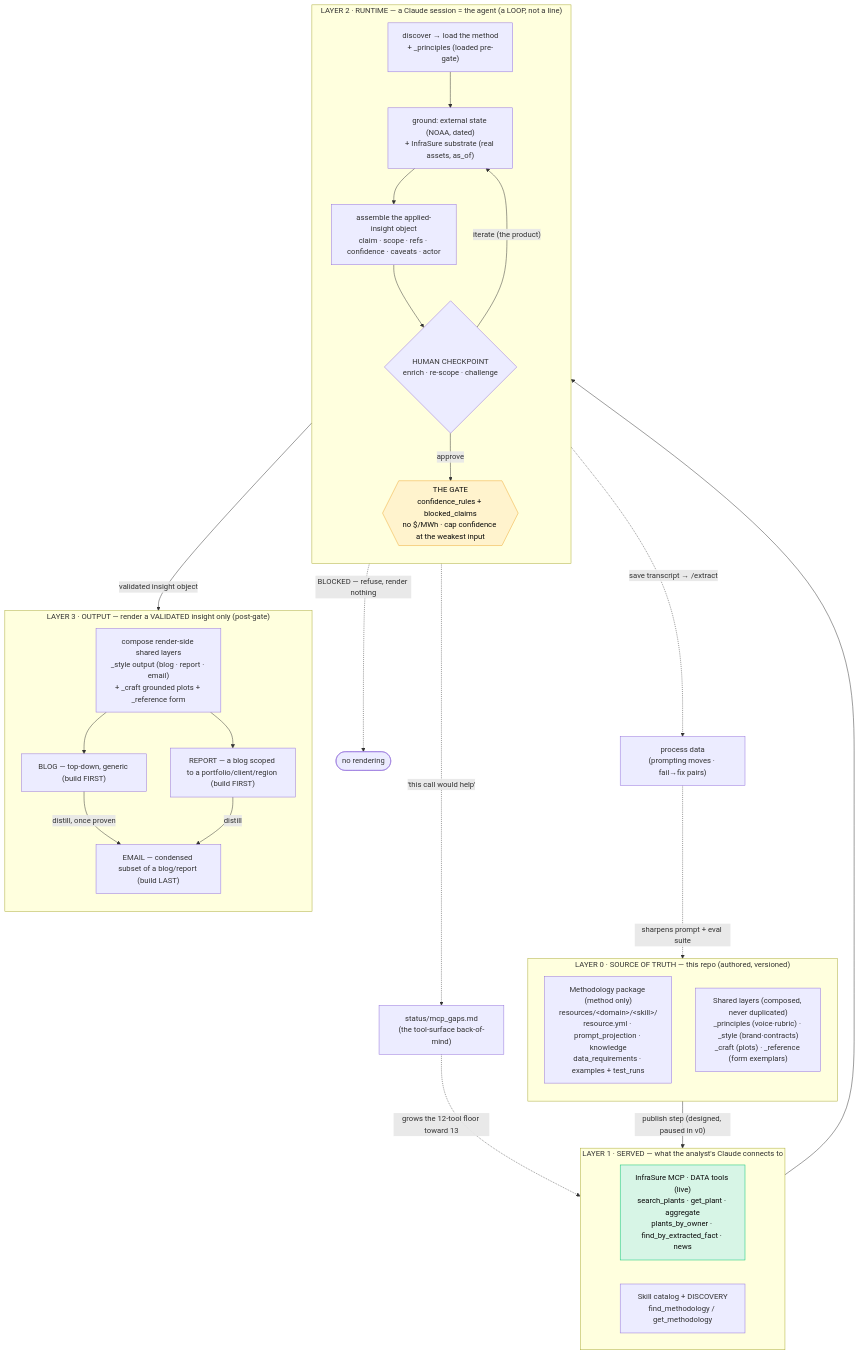
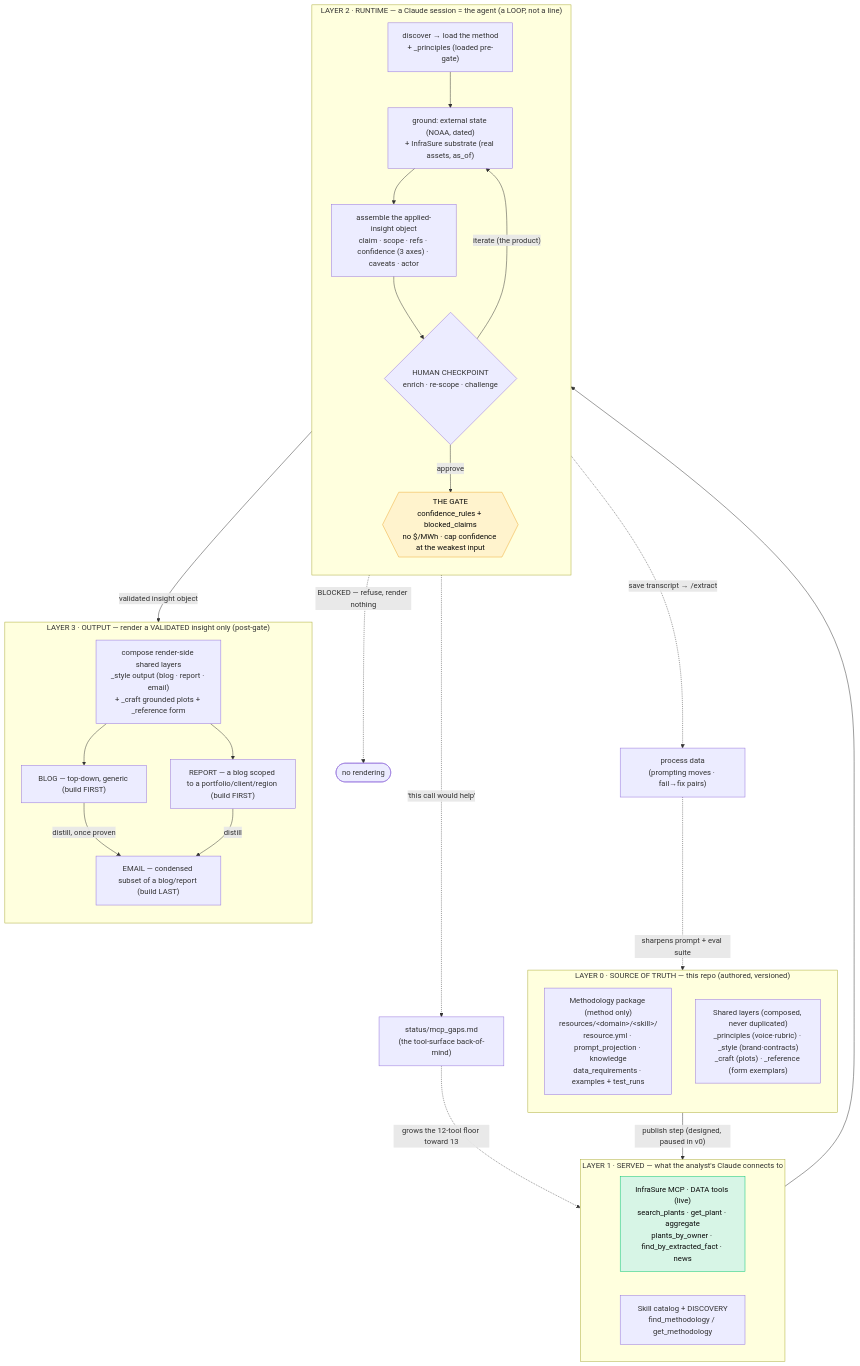
The diagram in docs/architecture.md (dg3-ui/insights_lab), drawn with Mermaid before and after one commit. The commit also changed other lines of this file and 20 other files, not shown here.

First line of the commit message:
Output-layer architecture: three-axis confidence model + subject-keyed studio + triage layer

````diff
--- a/docs/architecture.md
+++ b/docs/architecture.md
@@ -39,57 +40,57 @@
 ```mermaid
 flowchart TD
     subgraph L0["LAYER 0 · SOURCE OF TRUTH — this repo (authored, versioned)"]
         direction TB
         PKG["Methodology package (method only)<br/>resources/&lt;domain&gt;/&lt;skill&gt;/<br/>resource.yml · prompt_projection · knowledge<br/>data_requirements · examples + test_runs"]
         SHARED["Shared layers (composed, never duplicated)<br/>_principles (voice·rubric) · _style (brand·contracts)<br/>_craft (plots) · _reference (form exemplars)"]
     end
 
     L0 -->|"publish step (designed, paused in v0)"| L1
 
     subgraph L1["LAYER 1 · SERVED — what the analyst's Claude connects to"]
         direction LR
         DATA["InfraSure MCP · DATA tools (live)<br/>search_plants · get_plant · aggregate<br/>plants_by_owner · find_by_extracted_fact · news"]
         CAT["Skill catalog + DISCOVERY<br/>find_methodology / get_methodology"]
     end
 
     L1 --> DISC
 
     subgraph L2["LAYER 2 · RUNTIME — a Claude session = the agent (a LOOP, not a line)"]
         direction TB
         DISC["discover → load the method<br/>+ _principles (loaded pre-gate)"]
         GND["ground: external state (NOAA, dated)<br/>+ InfraSure substrate (real assets, as_of)"]
-        ASM["assemble the applied-insight object<br/>claim · scope · refs · confidence · caveats · actor"]
+        ASM["assemble the applied-insight object<br/>claim · scope · refs · confidence (3 axes) · caveats · actor"]
         HUMAN{"HUMAN CHECKPOINT<br/>enrich · re-scope · challenge"}
         GATE{{"THE GATE<br/>confidence_rules + blocked_claims<br/>no $/MWh · cap confidence at the weakest input"}}
         DISC --> GND --> ASM --> HUMAN
         HUMAN -->|"iterate (the product)"| GND
         HUMAN -->|approve| GATE
     end
 
     GATE -.->|"BLOCKED — refuse, render nothing"| STOP(["no rendering"])
     GATE -->|"validated insight object"| STYLE
 
     subgraph L3["LAYER 3 · OUTPUT — render a VALIDATED insight only (post-gate)"]
         direction TB
         STYLE["compose render-side shared layers<br/>_style output (blog · report · email)<br/>+ _craft grounded plots + _reference form"]
         BLOG["BLOG — top-down, generic (build FIRST)"]
         REPORT["REPORT — a blog scoped to a portfolio/client/region (build FIRST)"]
         EMAIL["EMAIL — condensed subset of a blog/report (build LAST)"]
         STYLE --> BLOG
         STYLE --> REPORT
         BLOG -->|"distill, once proven"| EMAIL
         REPORT -->|"distill"| EMAIL
     end
 
     PROC["process data<br/>(prompting moves · fail→fix pairs)"]
     GAPS["status/mcp_gaps.md<br/>(the tool-surface back-of-mind)"]
     L2 -.->|"save transcript → /extract"| PROC
     PROC -.->|"sharpens prompt + eval suite"| PKG
     L2 -.->|"'this call would help'"| GAPS
     GAPS -.->|"grows the 12-tool floor toward 13"| DATA
 
     classDef gate fill:#fff3cd,stroke:#efa831,color:#0a0a0a;
     classDef live fill:#d7f5e6,stroke:#00c470,color:#0a0a0a;
     class GATE gate;
     class DATA live;
 ```
````
